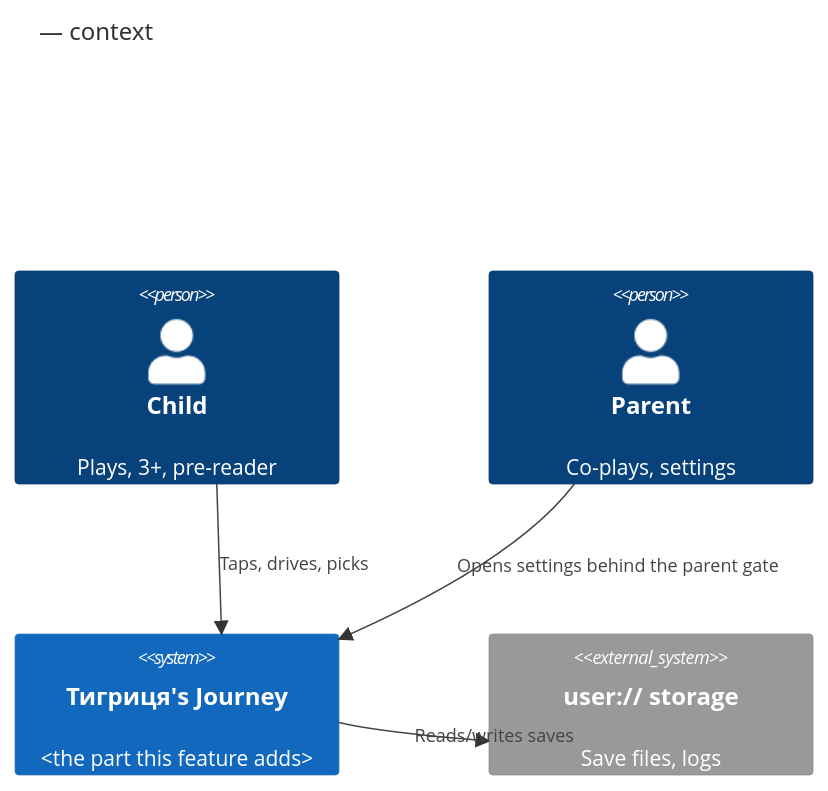
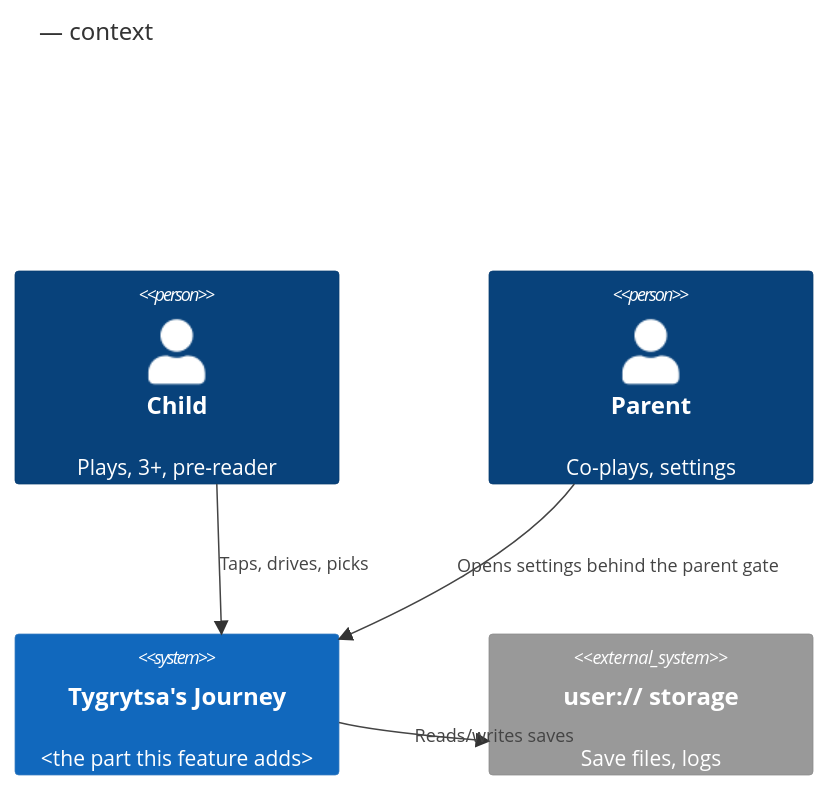
Before and after one commit to rodergstep/arbuz: the first of 3 diagrams in .claude/skills/design/templates/sad.md, drawn with Mermaid. The commit also changed 793 other files, not shown here.

````diff
--- a/.claude/skills/design/templates/sad.md
+++ b/.claude/skills/design/templates/sad.md
@@ -49,11 +49,11 @@
 ```mermaid
 C4Context
     title <feature> — context
     Person(child, "Child", "Plays, 3+, pre-reader")
     Person(parent, "Parent", "Co-plays, settings")
-    System(game, "Тигриця's Journey", "<the part this feature adds>")
+    System(game, "Tygrytsa's Journey", "<the part this feature adds>")
     System_Ext(fs, "user:// storage", "Save files, logs")
     Rel(child, game, "Taps, drives, picks")
     Rel(parent, game, "Opens settings behind the parent gate")
     Rel(game, fs, "Reads/writes saves")
 ```
````
